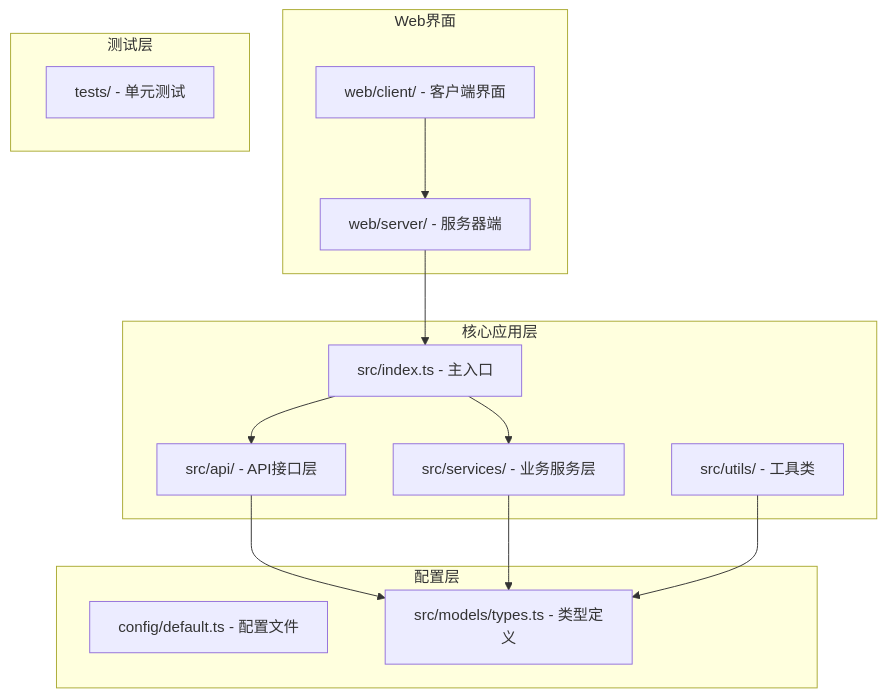
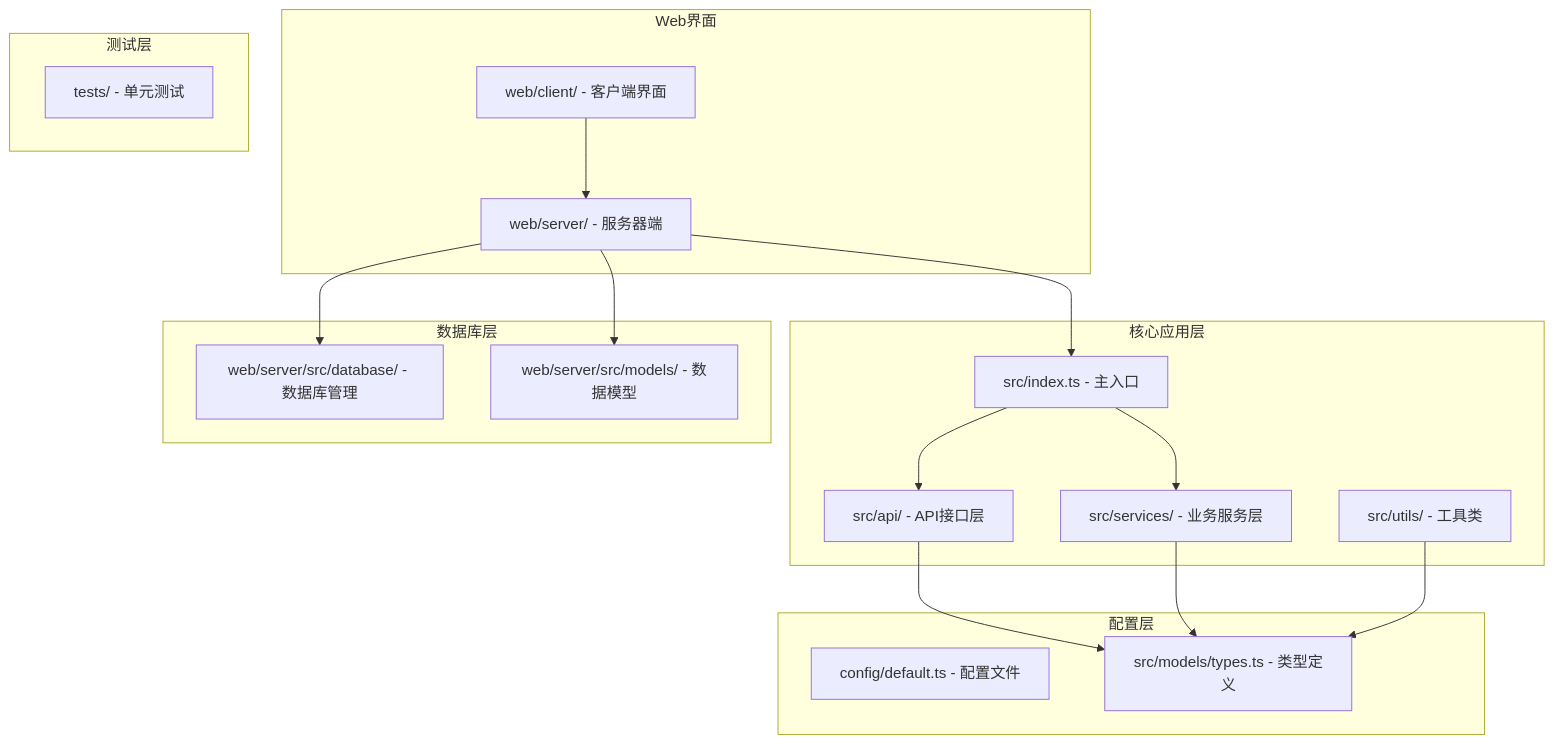
Before and after one commit to songdiyang/clawOperations: the first of 10 diagrams in .qoder/repowiki/zh/content/核心模块详解/认证模块/抖音认证系统.md, drawn with Mermaid. The commit also changed other lines of this file and 6 other files, not shown here.

````diff
--- a/.qoder/repowiki/zh/content/核心模块详解/认证模块/抖音认证系统.md
+++ b/.qoder/repowiki/zh/content/核心模块详解/认证模块/抖音认证系统.md
@@ -48,27 +62,33 @@
 ```mermaid
 graph TB
 subgraph "核心应用层"
 A[src/index.ts - 主入口]
 B[src/api/ - API接口层]
 C[src/services/ - 业务服务层]
 D[src/utils/ - 工具类]
 end
 subgraph "配置层"
 E[config/default.ts - 配置文件]
 F[src/models/types.ts - 类型定义]
 end
 subgraph "Web界面"
 G[web/server/ - 服务器端]
 H[web/client/ - 客户端界面]
 end
 subgraph "测试层"
 I[tests/ - 单元测试]
 end
+subgraph "数据库层"
+J[web/server/src/database/ - 数据库管理]
+K[web/server/src/models/ - 数据模型]
+end
 A --> B
 A --> C
 B --> F
 C --> F
 D --> F
 G --> A
 H --> G
+G --> J
+G --> K
 ```
````
